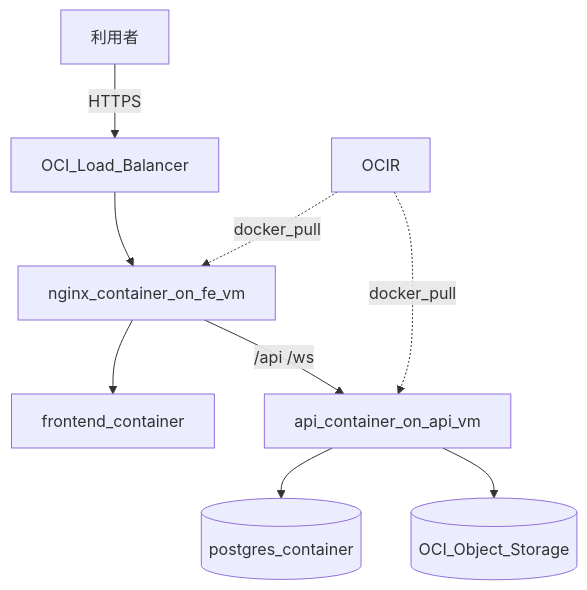
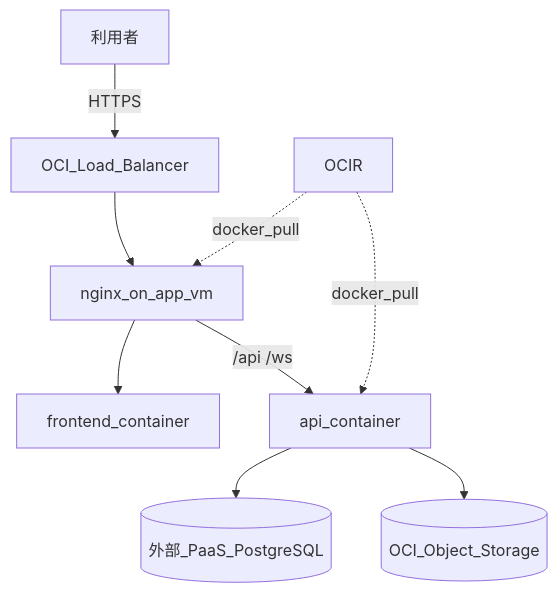
One commit to rikuto-web/event-app changed the diagram in README.md. Above: the diagram before and after it, drawn with Mermaid. The commit also changed other lines of this file and 15 other files, not shown here.

````diff
--- a/README.md
+++ b/README.md
@@ -71,11 +71,11 @@
 ```mermaid
 flowchart TB
   User[利用者] -->|HTTPS| LB[OCI_Load_Balancer]
-  LB --> Nginx[nginx_container_on_fe_vm]
+  LB --> Nginx[nginx_on_app_vm]
   Nginx --> FE[frontend_container]
-  Nginx -->|"/api /ws"| API[api_container_on_api_vm]
-  API --> PG[(postgres_container)]
+  Nginx -->|"/api /ws"| API[api_container]
+  API --> PG[(外部_PaaS_PostgreSQL)]
   API --> OS[(OCI_Object_Storage)]
   OCIR[OCIR] -.->|docker_pull| Nginx
   OCIR -.->|docker_pull| API
 ```
````
